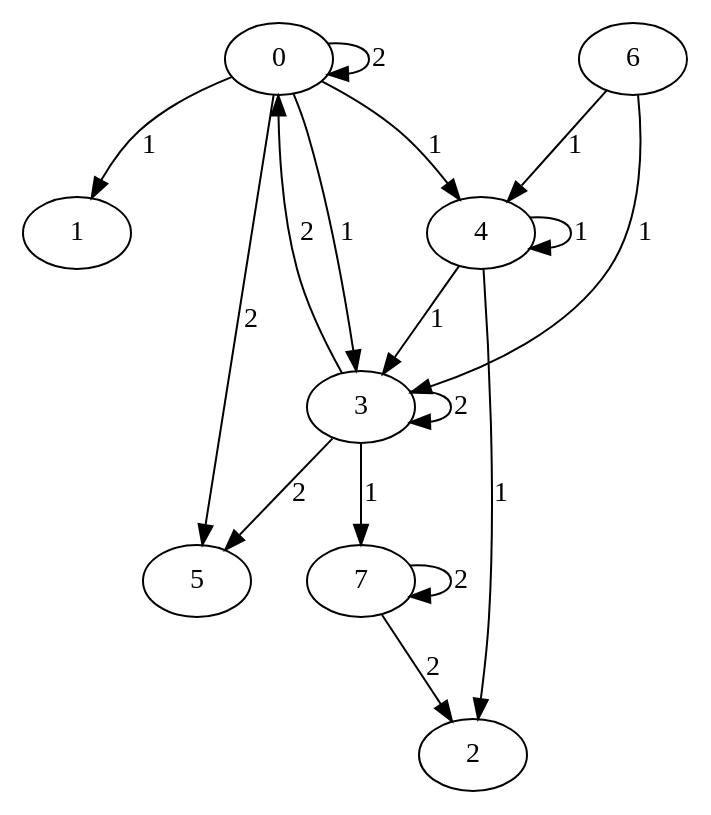
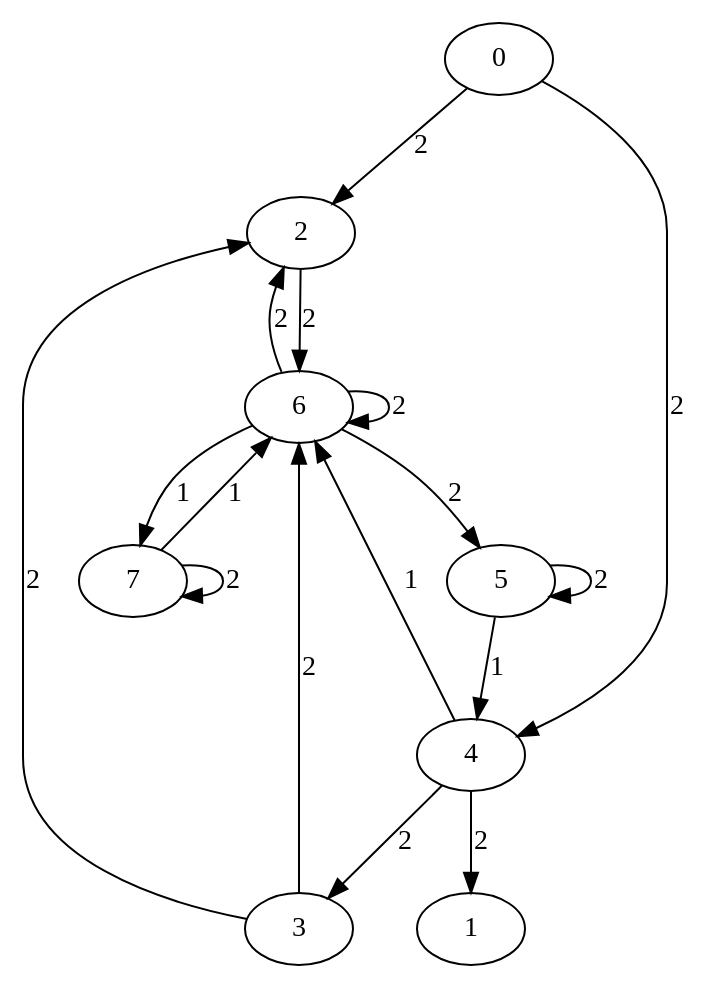
Before and after one commit to Caucorico/ESIPE: the diagram in AdvancedAlgorithms/TP-01/out/production/TP-01/hey.dot, drawn with Graphviz. The commit also changed 3 other files, not shown here.

```diff
--- a/AdvancedAlgorithms/TP-01/out/production/TP-01/hey.dot
+++ b/AdvancedAlgorithms/TP-01/out/production/TP-01/hey.dot
@@ -1,26 +1,26 @@
 digraph G {
 0;
-0 -> 0 [ label="2" ] ;
-0 -> 1 [ label="1" ] ;
-0 -> 3 [ label="1" ] ;
-0 -> 4 [ label="1" ] ;
-0 -> 5 [ label="2" ] ;
+0 -> 2 [ label="2" ] ;
+0 -> 4 [ label="2" ] ;
 1;
 2;
+2 -> 6 [ label="2" ] ;
 3;
-3 -> 0 [ label="2" ] ;
-3 -> 3 [ label="2" ] ;
-3 -> 5 [ label="2" ] ;
-3 -> 7 [ label="1" ] ;
+3 -> 2 [ label="2" ] ;
+3 -> 6 [ label="2" ] ;
 4;
-4 -> 2 [ label="1" ] ;
-4 -> 3 [ label="1" ] ;
-4 -> 4 [ label="1" ] ;
+4 -> 1 [ label="2" ] ;
+4 -> 3 [ label="2" ] ;
+4 -> 6 [ label="1" ] ;
 5;
+5 -> 4 [ label="1" ] ;
+5 -> 5 [ label="2" ] ;
 6;
-6 -> 3 [ label="1" ] ;
-6 -> 4 [ label="1" ] ;
+6 -> 2 [ label="2" ] ;
+6 -> 5 [ label="2" ] ;
+6 -> 6 [ label="2" ] ;
+6 -> 7 [ label="1" ] ;
 7;
-7 -> 2 [ label="2" ] ;
+7 -> 6 [ label="1" ] ;
 7 -> 7 [ label="2" ] ;
 }
```
